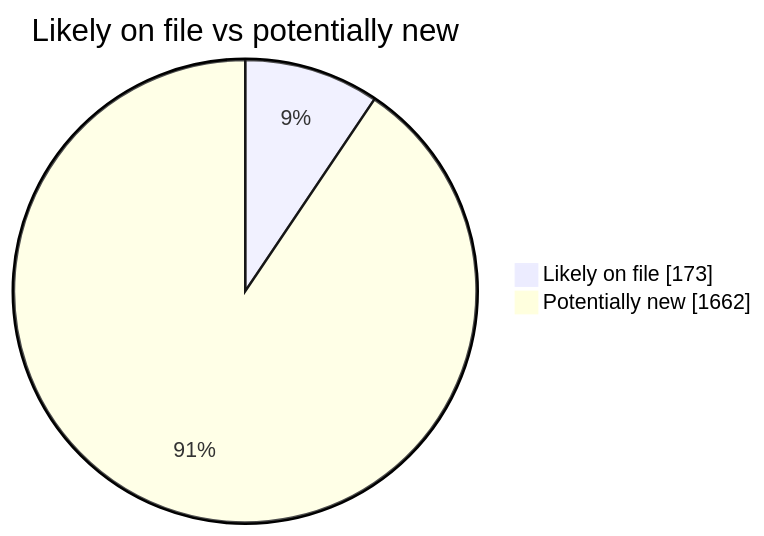
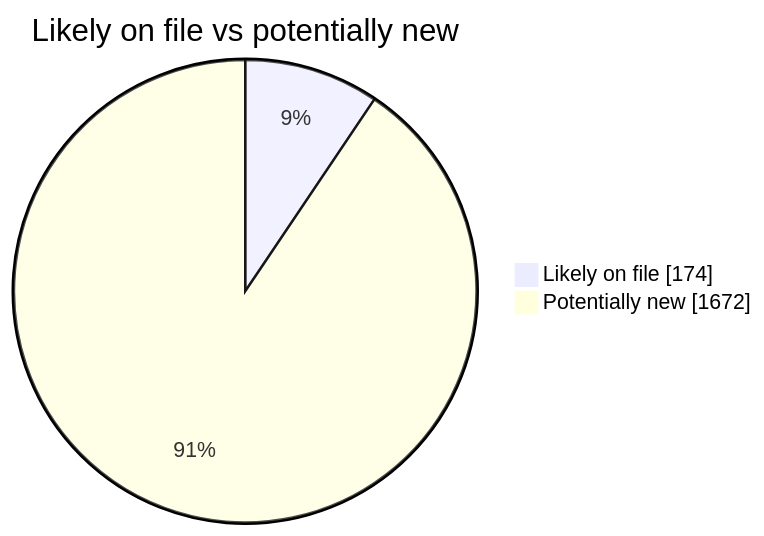
One commit to martinbalfanz/social-scanner-reports changed the second of 4 diagrams in README.md. Above: the diagram before and after it, drawn with Mermaid. The commit also changed other lines of this file and 4 other files, not shown here.

````diff
--- a/README.md
+++ b/README.md
@@ -40,5 +40,5 @@
 ```mermaid
 pie showData title Likely on file vs potentially new
-    "Likely on file" : 173
-    "Potentially new" : 1662
+    "Likely on file" : 174
+    "Potentially new" : 1672
 ```
````
